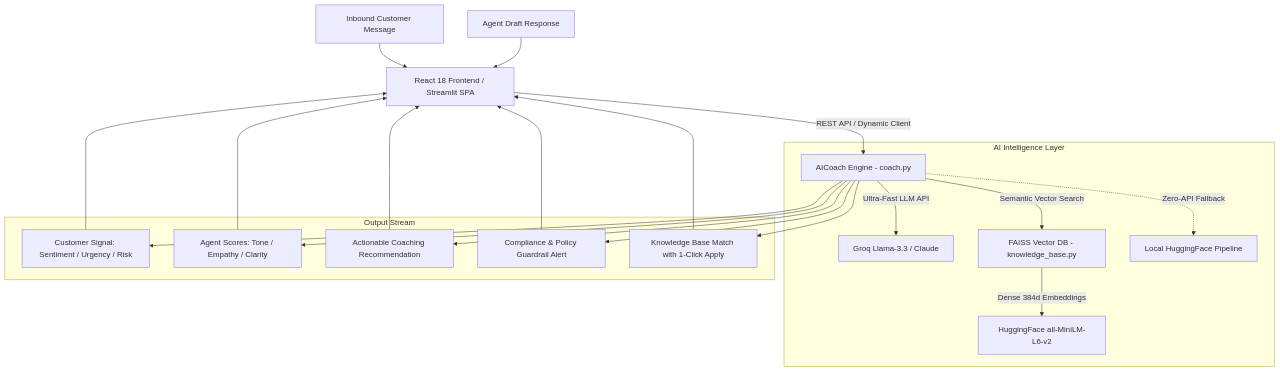
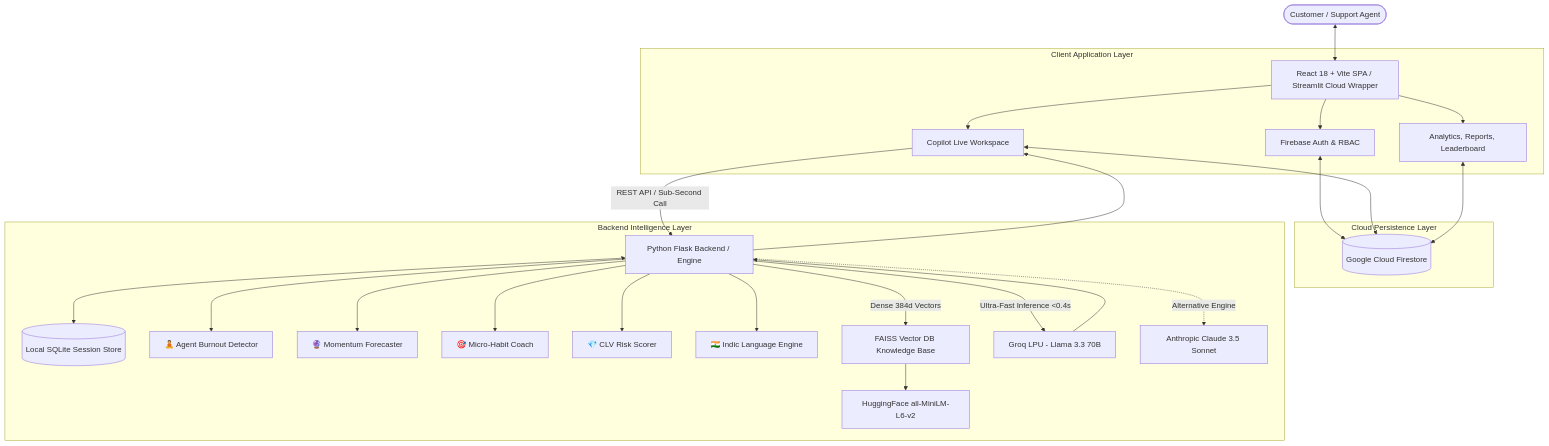
The diagram in README.md (Guptanshu44/Customer-support-assistant), drawn with Mermaid before and after one commit. The commit also changed other lines of this file, not shown here.

Commit message:
docs: comprehensively update README with full OmniDesk architecture, novel AI features, and setup guide

````diff
--- a/README.md
+++ b/README.md
@@ -65,24 +104,36 @@
 ```mermaid
 graph TD
-    A[Inbound Customer Message] --> B[React 18 Frontend / Streamlit SPA]
-    C[Agent Draft Response] --> B
+    User([Customer / Support Agent]) <--> Frontend[React 18 + Vite SPA / Streamlit Cloud Wrapper]
     
-    B -->|REST API / Dynamic Client| D[AICoach Engine - coach.py]
-    
-    subgraph AI Intelligence Layer
-        D -->|Ultra-Fast LLM API| E[Groq Llama-3.3 / Claude]
-        D -->|Semantic Vector Search| F[FAISS Vector DB - knowledge_base.py]
-        F -->|Dense 384d Embeddings| G[HuggingFace all-MiniLM-L6-v2]
-        D -.->|Zero-API Fallback| H[Local HuggingFace Pipeline]
+    subgraph Client Application Layer
+        Frontend --> AuthState[Firebase Auth & RBAC]
+        Frontend --> Workspace[Copilot Live Workspace]
+        Frontend --> Dashboards[Analytics, Reports, Leaderboard]
     end
-    
-    subgraph Output Stream
-        D --> I[Customer Signal: Sentiment / Urgency / Risk]
-        D --> J[Agent Scores: Tone / Empathy / Clarity]
-        D --> K[Actionable Coaching Recommendation]
-        D --> L[Compliance & Policy Guardrail Alert]
-        D --> M[Knowledge Base Match with 1-Click Apply]
+
+    subgraph Cloud Persistence Layer
+        AuthState <--> Firestore[(Google Cloud Firestore)]
+        Workspace <--> Firestore
+        Dashboards <--> Firestore
     end
-    
-    I & J & K & L & M --> B
+
+    subgraph Backend Intelligence Layer
+        Workspace -->|REST API / Sub-Second Call| FlaskServer[Python Flask Backend / Engine]
+        FlaskServer <--> SQLiteDB[(Local SQLite Session Store)]
+        
+        FlaskServer --> EngineBurnout[🧘 Agent Burnout Detector]
+        FlaskServer --> EngineMomentum[🔮 Momentum Forecaster]
+        FlaskServer --> EngineHabit[🎯 Micro-Habit Coach]
+        FlaskServer --> EngineCLV[💎 CLV Risk Scorer]
+        FlaskServer --> EngineIndic[🇮🇳 Indic Language Engine]
+        
+        FlaskServer -->|Dense 384d Vectors| FAISS[FAISS Vector DB Knowledge Base]
+        FAISS --> Embeddings[HuggingFace all-MiniLM-L6-v2]
+        
+        FlaskServer -->|Ultra-Fast Inference <0.4s| GroqLLM[Groq LPU - Llama 3.3 70B]
+        FlaskServer -.->|Alternative Engine| ClaudeLLM[Anthropic Claude 3.5 Sonnet]
+    end
+
+    GroqLLM --> FlaskServer
+    FlaskServer --> Workspace
 ```
````
